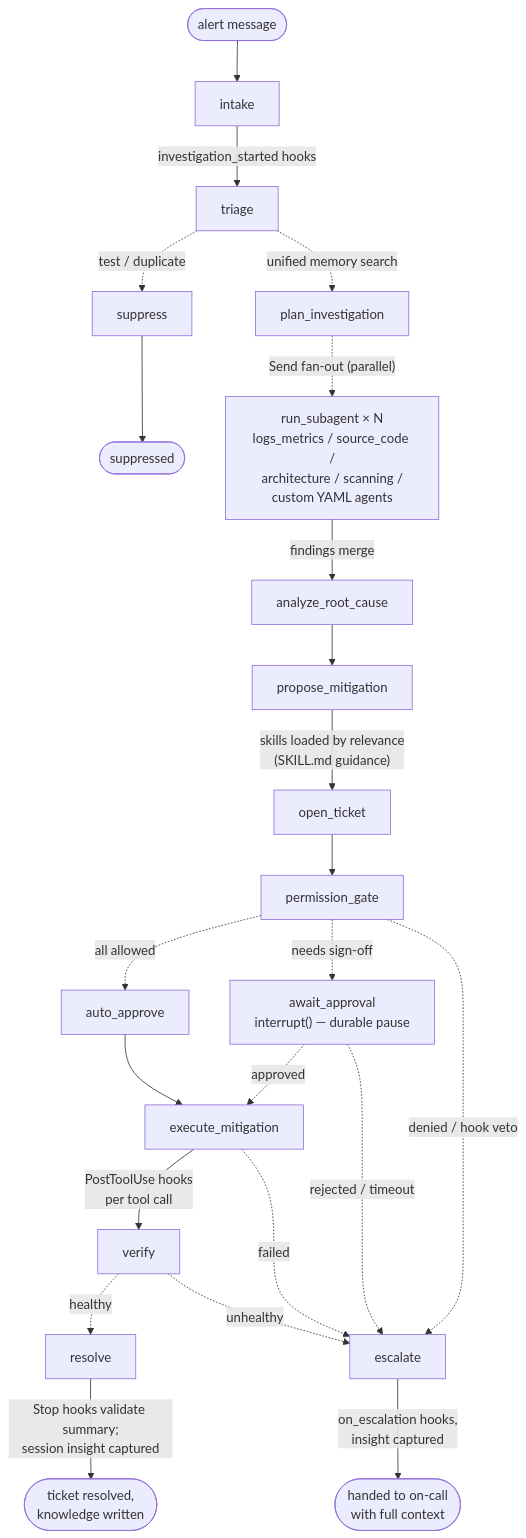
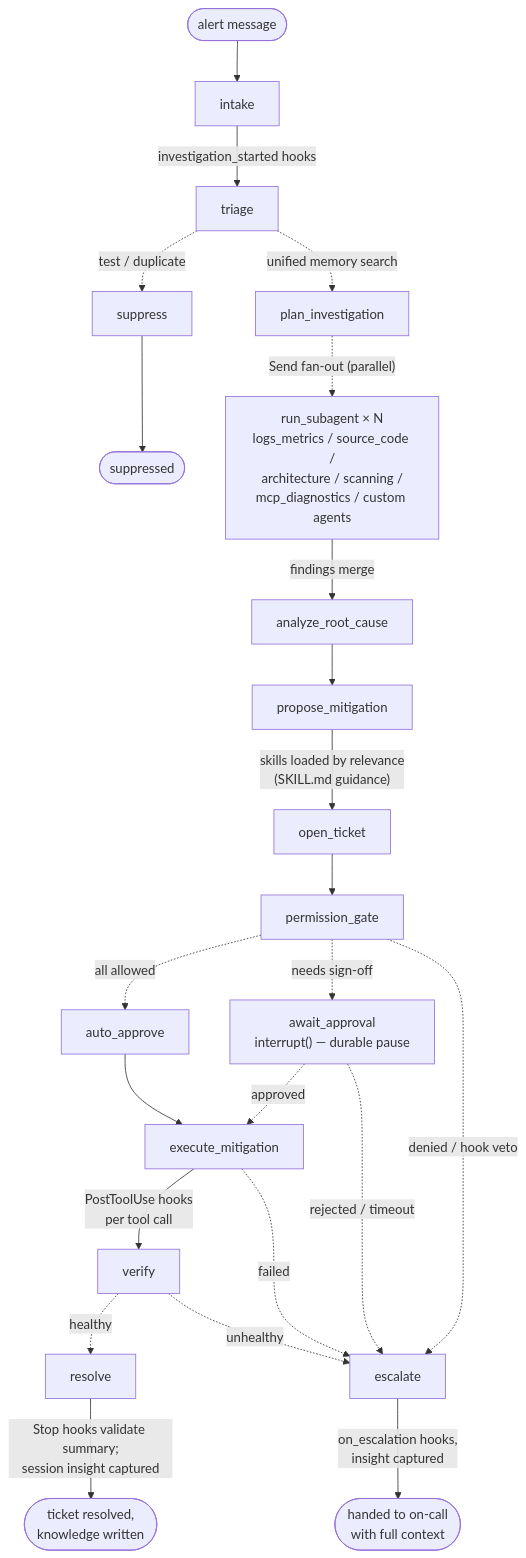
One commit to arun-8687/SupportAgent changed the second of 5 diagrams in sre_agent/README.md. Above: the diagram before and after it, drawn with Mermaid. The commit also changed other lines of this file and 12 other files, not shown here.

````diff
--- a/sre_agent/README.md
+++ b/sre_agent/README.md
@@ -142,25 +142,25 @@
 ```mermaid
 graph TD
     START([alert message]) --> intake
     intake -->|investigation_started hooks| triage
     triage -.->|test / duplicate| suppress
     triage -.->|unified memory search| plan_investigation
-    plan_investigation -.->|"Send fan-out (parallel)"| run_subagent["run_subagent × N<br/>logs_metrics / source_code /<br/>architecture / scanning /<br/>custom YAML agents"]
+    plan_investigation -.->|"Send fan-out (parallel)"| run_subagent["run_subagent × N<br/>logs_metrics / source_code /<br/>architecture / scanning /<br/>mcp_diagnostics / custom agents"]
     run_subagent -->|findings merge| analyze_root_cause
     analyze_root_cause --> propose_mitigation
     propose_mitigation -->|"skills loaded by relevance<br/>(SKILL.md guidance)"| open_ticket
     open_ticket --> permission_gate
     permission_gate -.->|all allowed| auto_approve
     permission_gate -.->|needs sign-off| await_approval["await_approval<br/>interrupt() — durable pause"]
     permission_gate -.->|denied / hook veto| escalate
     await_approval -.->|approved| execute_mitigation
     await_approval -.->|rejected / timeout| escalate
     auto_approve --> execute_mitigation
     execute_mitigation -->|"PostToolUse hooks<br/>per tool call"| verify
     execute_mitigation -.->|failed| escalate
     verify -.->|healthy| resolve
     verify -.->|unhealthy| escalate
     resolve -->|"Stop hooks validate summary;<br/>session insight captured"| END([ticket resolved,<br/>knowledge written])
     escalate -->|on_escalation hooks,<br/>insight captured| END2([handed to on-call<br/>with full context])
     suppress --> END3([suppressed])
 ```
````
